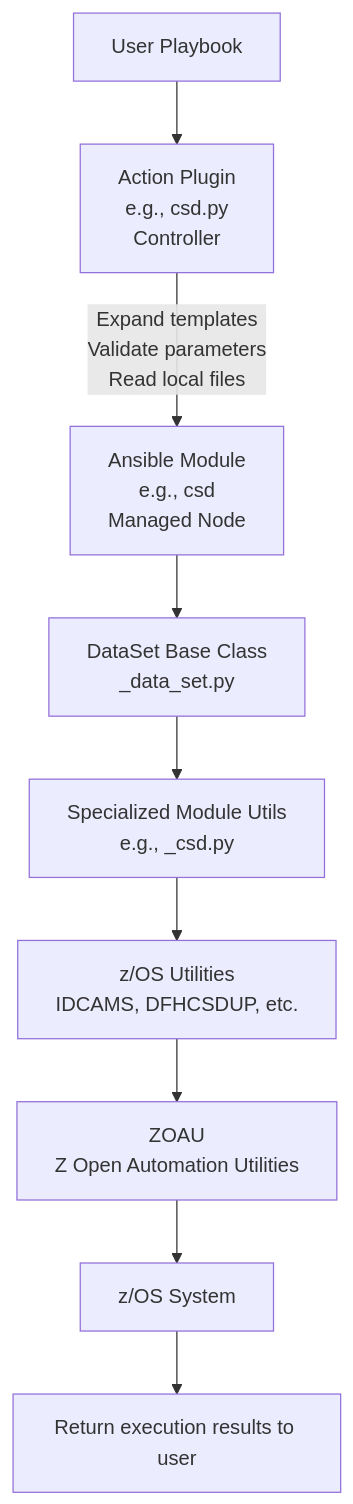
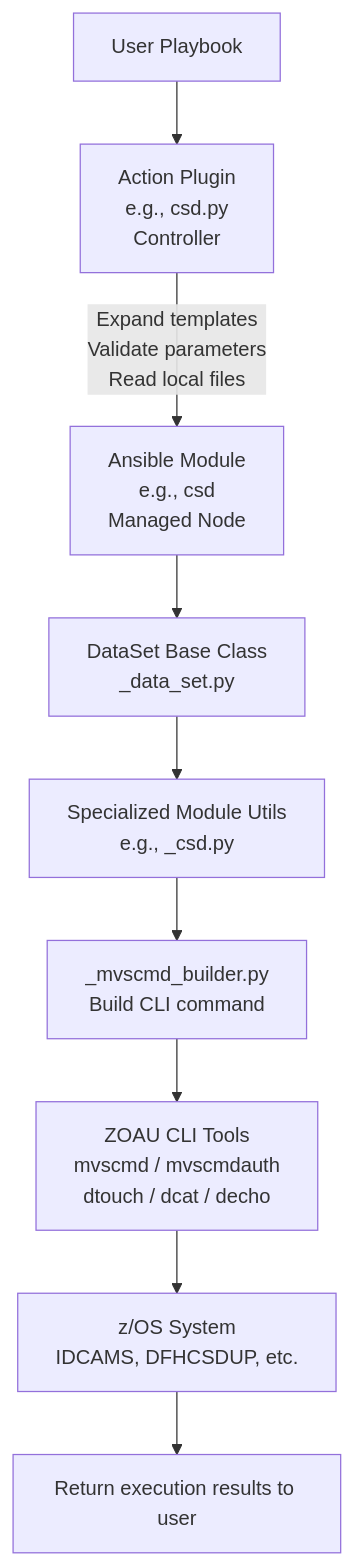
The second of 2 diagrams in Architecture.md (ansible-collections/ibm_zos_cics), drawn with Mermaid before and after one commit. The commit also changed other lines of this file, not shown here.

Commit message:
doc: update architecture

````diff
--- a/Architecture.md
+++ b/Architecture.md
@@ -167,11 +184,11 @@
 ```mermaid
 flowchart TD
     A[User Playbook] --> B[Action Plugin<br/>e.g., csd.py<br/>Controller]
     B --> |Expand templates<br/>Validate parameters<br/>Read local files| C[Ansible Module<br/>e.g., csd<br/>Managed Node]
     C --> D[DataSet Base Class<br/>_data_set.py]
     D --> E[Specialized Module Utils<br/>e.g., _csd.py]
-    E --> F[z/OS Utilities<br/>IDCAMS, DFHCSDUP, etc.]
-    F --> G[ZOAU<br/>Z Open Automation Utilities]
-    G --> H[z/OS System]
+    E --> F[_mvscmd_builder.py<br/>Build CLI command]
+    F --> G[ZOAU CLI Tools<br/>mvscmd / mvscmdauth<br/>dtouch / dcat / decho]
+    G --> H[z/OS System<br/>IDCAMS, DFHCSDUP, etc.]
     H --> I[Return execution results to user]
 ```
````
